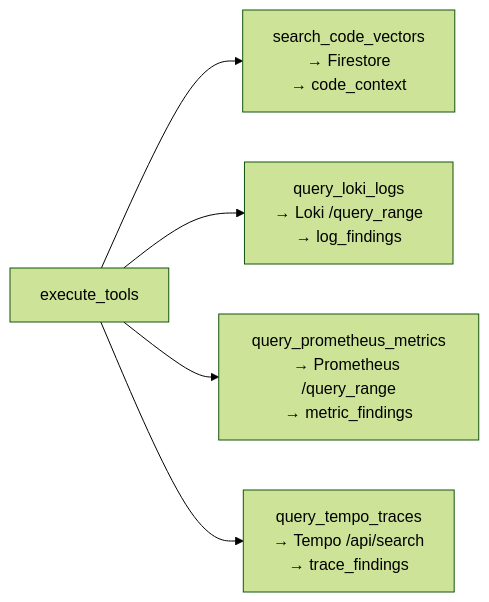
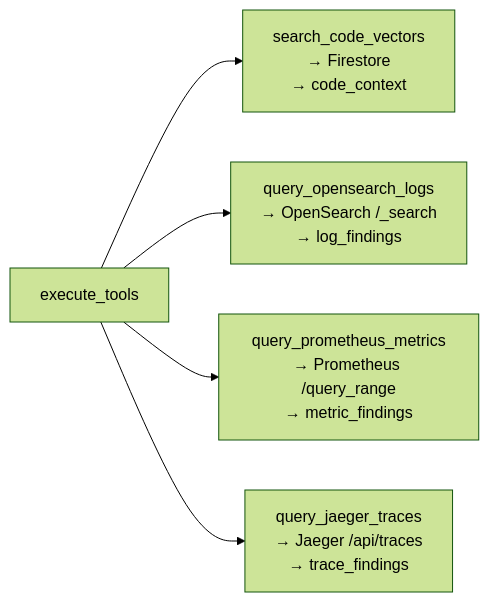
One commit to kheuchi/agentic-rca-platform-app changed the third of 3 diagrams in docs/05-rca-agent.md. Above: the diagram before and after it, drawn with Mermaid (forest theme). The commit also changed other lines of this file and 21 other files, not shown here.

````diff
--- a/docs/05-rca-agent.md
+++ b/docs/05-rca-agent.md
@@ -207,7 +207,7 @@
 ```mermaid
 flowchart LR
     ET[execute_tools] --> T1["search_code_vectors\n→ Firestore\n→ code_context"]
-    ET --> T2["query_loki_logs\n→ Loki /query_range\n→ log_findings"]
+    ET --> T2["query_opensearch_logs\n→ OpenSearch /_search\n→ log_findings"]
     ET --> T3["query_prometheus_metrics\n→ Prometheus /query_range\n→ metric_findings"]
-    ET --> T4["query_tempo_traces\n→ Tempo /api/search\n→ trace_findings"]
+    ET --> T4["query_jaeger_traces\n→ Jaeger /api/traces\n→ trace_findings"]
 ```
````
